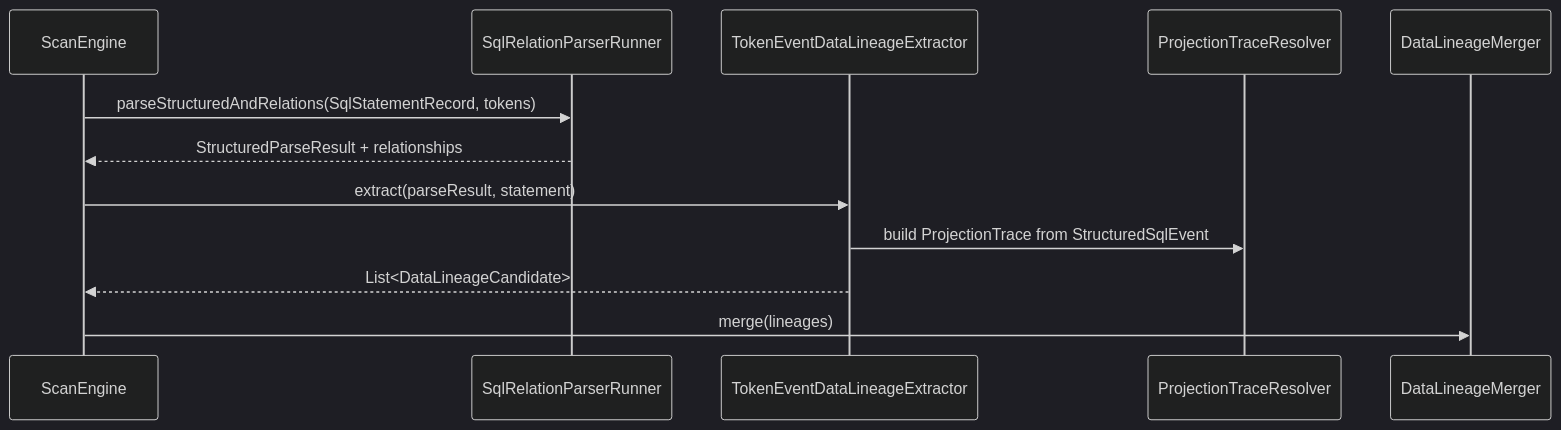
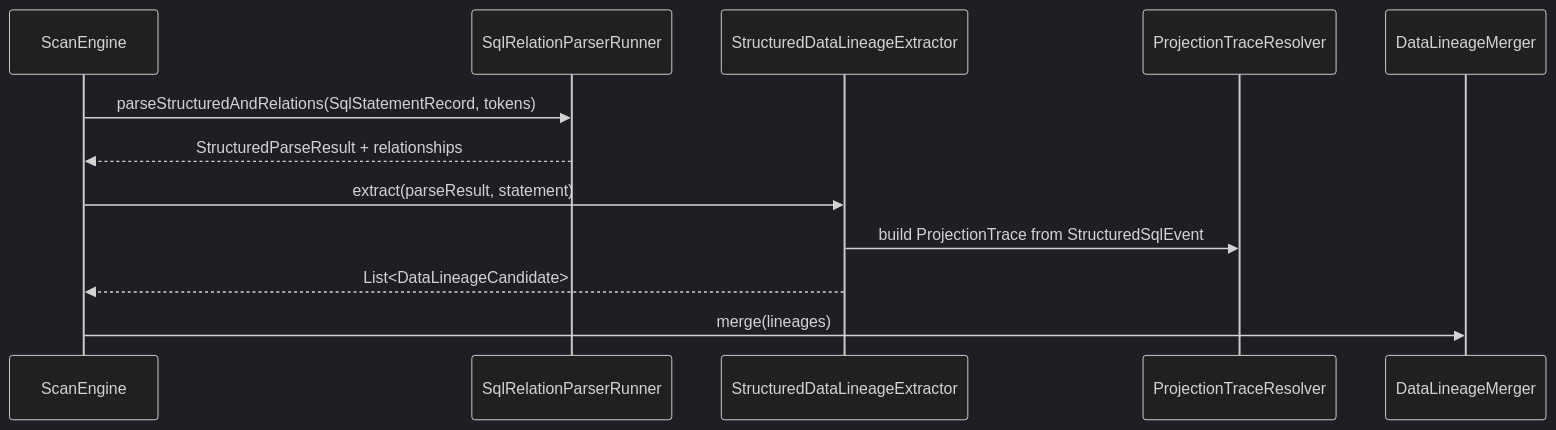
Before and after one commit to xiaoguang/relation-detector: the fourth of 7 diagrams in docs/design/relation-detector/phase-06-parser-enhancement.md, drawn with Mermaid (dark theme). The commit also changed other lines of this file and 15 other files, not shown here.

````diff
--- a/docs/design/relation-detector/phase-06-parser-enhancement.md
+++ b/docs/design/relation-detector/phase-06-parser-enhancement.md
@@ -368,15 +368,15 @@
 ```mermaid
 sequenceDiagram
   participant SE as ScanEngine
   participant SR as SqlRelationParserRunner
-  participant LE as TokenEventDataLineageExtractor
+  participant LE as StructuredDataLineageExtractor
   participant PTR as ProjectionTraceResolver
   participant LM as DataLineageMerger
 
   SE->>SR: parseStructuredAndRelations(SqlStatementRecord, tokens)
   SR-->>SE: StructuredParseResult + relationships
   SE->>LE: extract(parseResult, statement)
   LE->>PTR: build ProjectionTrace from StructuredSqlEvent
   LE-->>SE: List<DataLineageCandidate>
   SE->>LM: merge(lineages)
 ```
````
